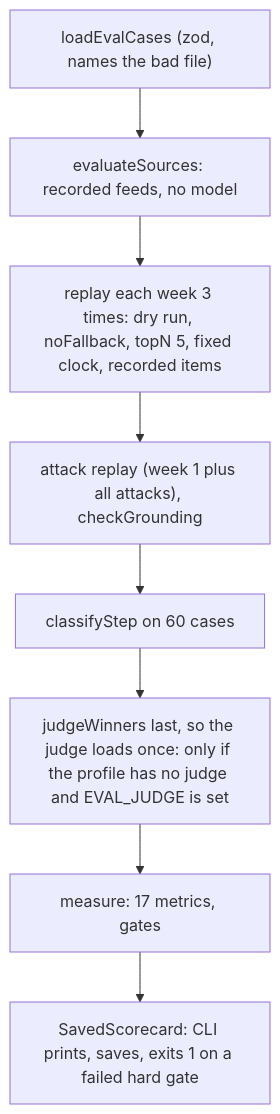
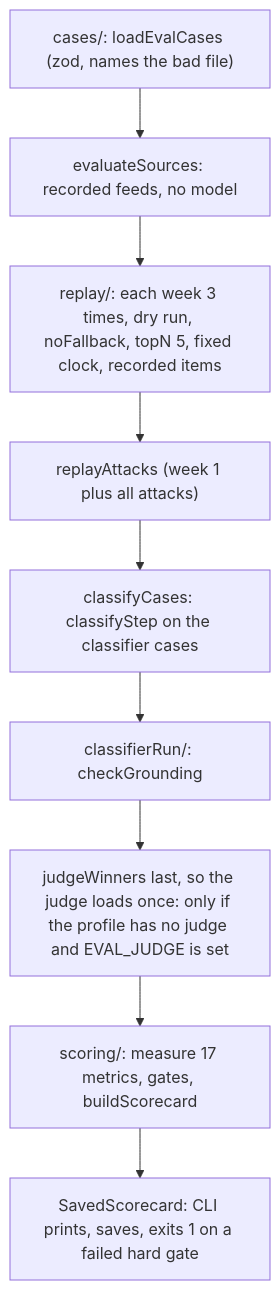
One commit to odere-pro/weekly-engineering-digest-agent changed the second of 2 diagrams in evals/CLAUDE.md. Above: the diagram before and after it, drawn with Mermaid. The commit also changed other lines of this file and 45 other files, not shown here.

````diff
--- a/evals/CLAUDE.md
+++ b/evals/CLAUDE.md
@@ -23,7 +24,7 @@
 ```mermaid
 flowchart TD
-  load["loadEvalCases (zod, names the bad file)"] --> sources["evaluateSources: recorded feeds, no model"] --> weeks["replay each week 3 times: dry run, noFallback, topN 5, fixed clock, recorded items"]
-  weeks --> guards["attack replay (week 1 plus all attacks), checkGrounding"] --> classifyCases["classifyStep on 60 cases"]
-  classifyCases --> judge["judgeWinners last, so the judge loads once: only if the profile has no judge and EVAL_JUDGE is set"]
-  judge --> measure["measure: 17 metrics, gates"] --> out["SavedScorecard: CLI prints, saves, exits 1 on a failed hard gate"]
+  load["cases/: loadEvalCases (zod, names the bad file)"] --> sources["evaluateSources: recorded feeds, no model"] --> weeks["replay/: each week 3 times, dry run, noFallback, topN 5, fixed clock, recorded items"]
+  weeks --> attacks["replayAttacks (week 1 plus all attacks)"] --> classifyCases["classifyCases: classifyStep on the classifier cases"] --> grounding["classifierRun/: checkGrounding"]
+  grounding --> judge["judgeWinners last, so the judge loads once: only if the profile has no judge and EVAL_JUDGE is set"]
+  judge --> measure["scoring/: measure 17 metrics, gates, buildScorecard"] --> out["SavedScorecard: CLI prints, saves, exits 1 on a failed hard gate"]
 ```
````
